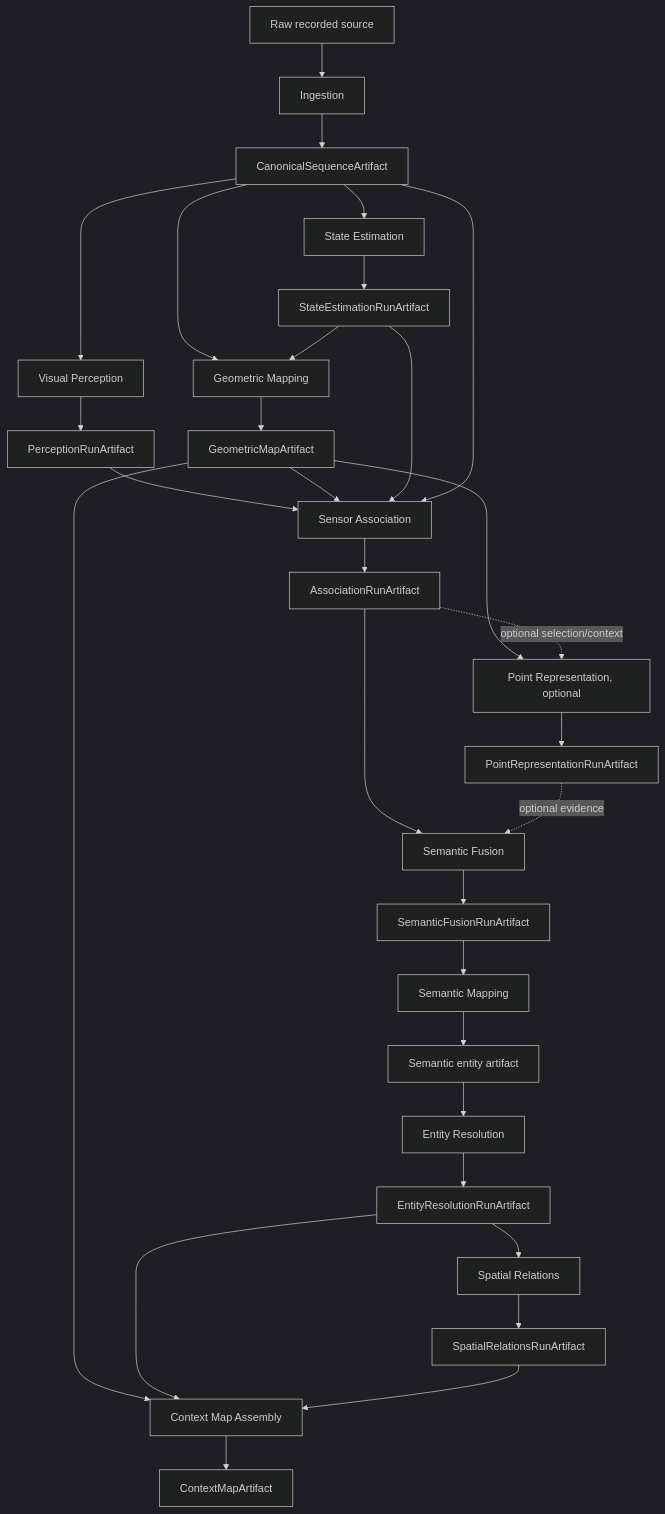
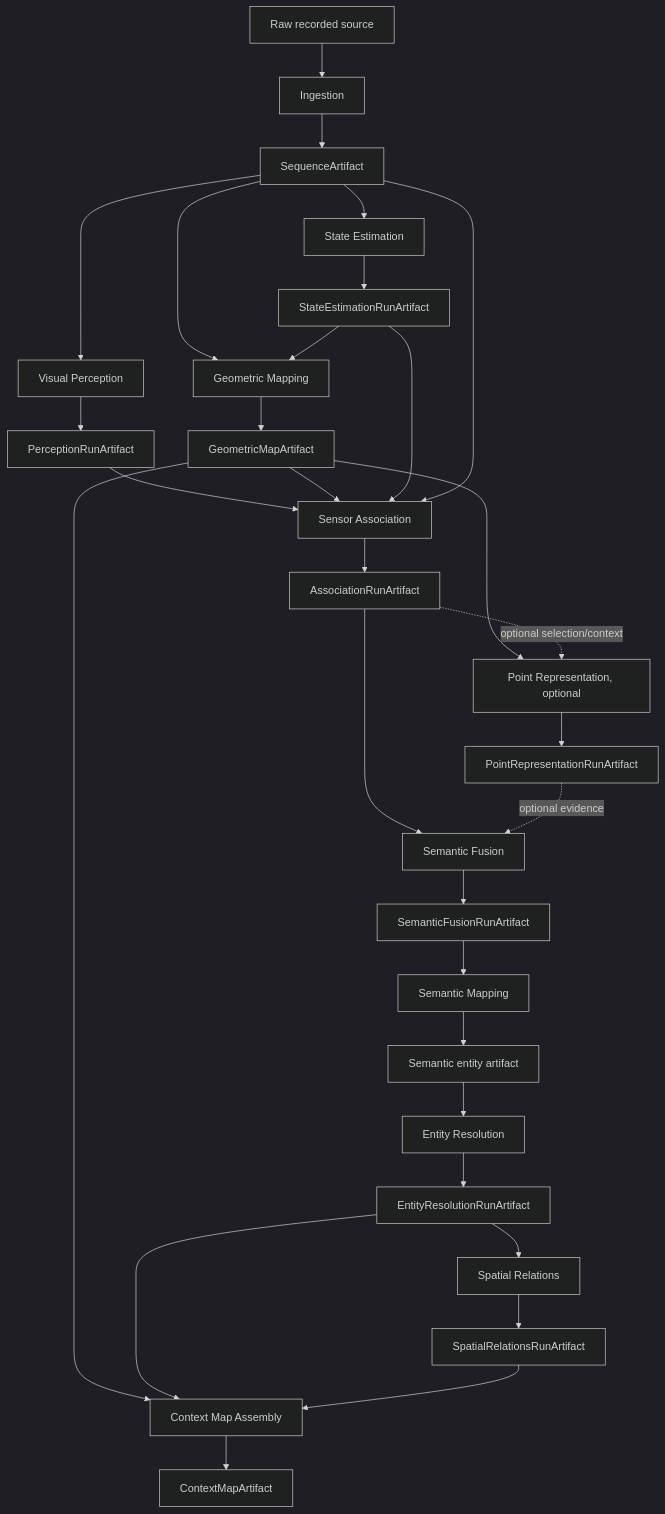
The first of 16 diagrams in docs/PIPELINE.md (Alexandre-Tortoza/contextmap2), drawn with Mermaid (dark theme) before and after one commit. The commit also changed other lines of this file, not shown here.

````diff
--- a/docs/PIPELINE.md
+++ b/docs/PIPELINE.md
@@ -13,65 +13,65 @@
 ```mermaid
 flowchart TD
     RAW[Raw recorded source]
     ING[Ingestion]
-    SEQ[CanonicalSequenceArtifact]
+    SEQ[SequenceArtifact]
 
     VP[Visual Perception]
     PR[PerceptionRunArtifact]
 
     ST[State Estimation]
     TR[StateEstimationRunArtifact]
 
     GM[Geometric Mapping]
     GEO[GeometricMapArtifact]
 
     SA[Sensor Association]
     ASSOC[AssociationRunArtifact]
 
     P3D[Point Representation, optional]
     PREP[PointRepresentationRunArtifact]
 
     SF[Semantic Fusion]
     FUS[SemanticFusionRunArtifact]
 
     SM[Semantic Mapping]
     ENT[Semantic entity artifact]
 
     ER[Entity Resolution]
     RENT[EntityResolutionRunArtifact]
 
     SR[Spatial Relations]
     REL[SpatialRelationsRunArtifact]
 
     CM[Context Map Assembly]
     OUT[ContextMapArtifact]
 
     RAW --> ING --> SEQ
     SEQ --> VP --> PR
     SEQ --> ST --> TR
     SEQ --> GM
     TR --> GM --> GEO
 
     PR --> SA
     GEO --> SA
     TR --> SA
     SEQ --> SA
     SA --> ASSOC
 
     GEO --> P3D
     ASSOC -. optional selection/context .-> P3D
     P3D --> PREP
 
     ASSOC --> SF
     PREP -. optional evidence .-> SF
     SF --> FUS
 
     FUS --> SM --> ENT
     ENT --> ER --> RENT
     RENT --> SR --> REL
 
     GEO --> CM
     RENT --> CM
     REL --> CM
     CM --> OUT
 ```
````
